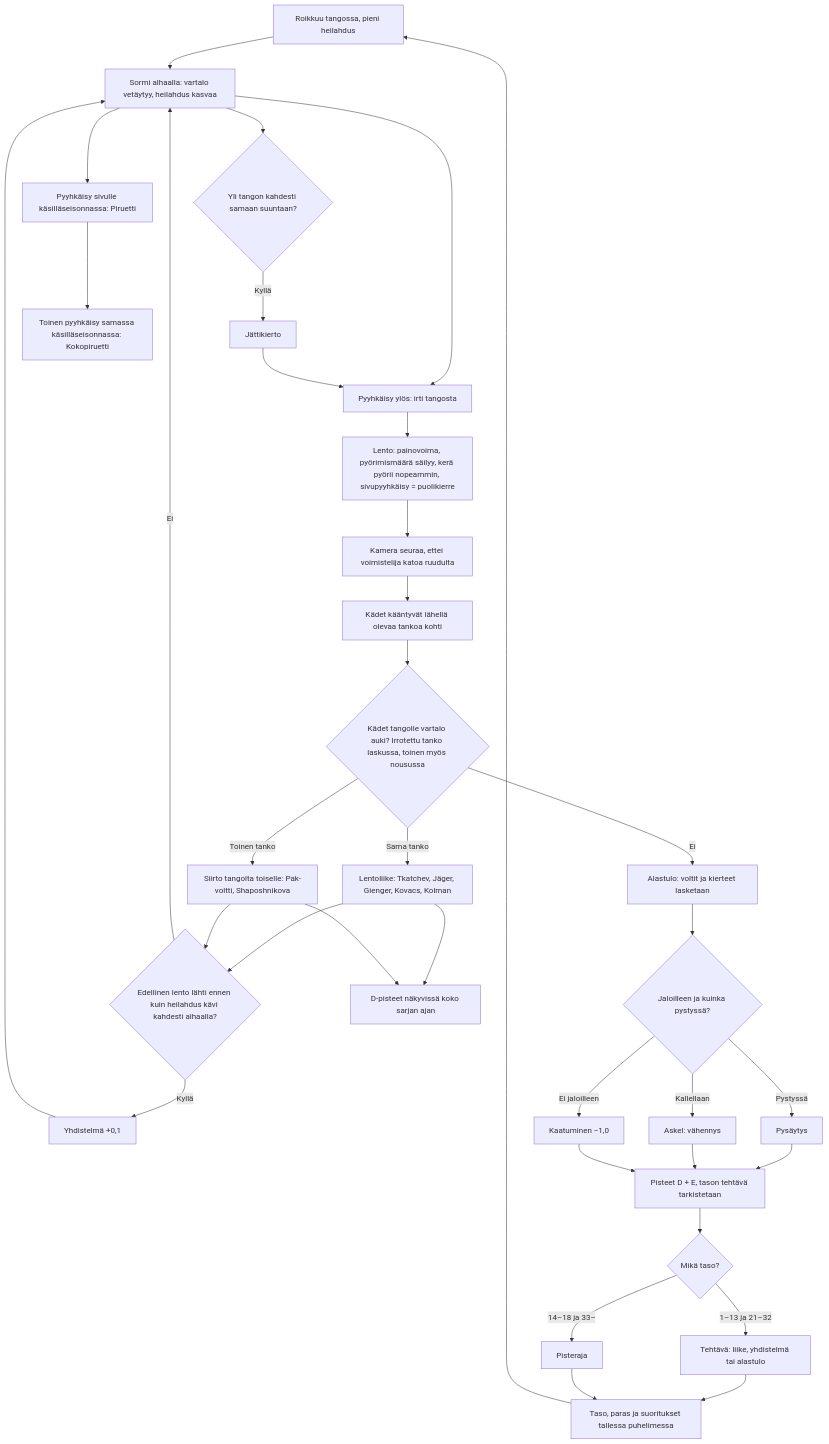
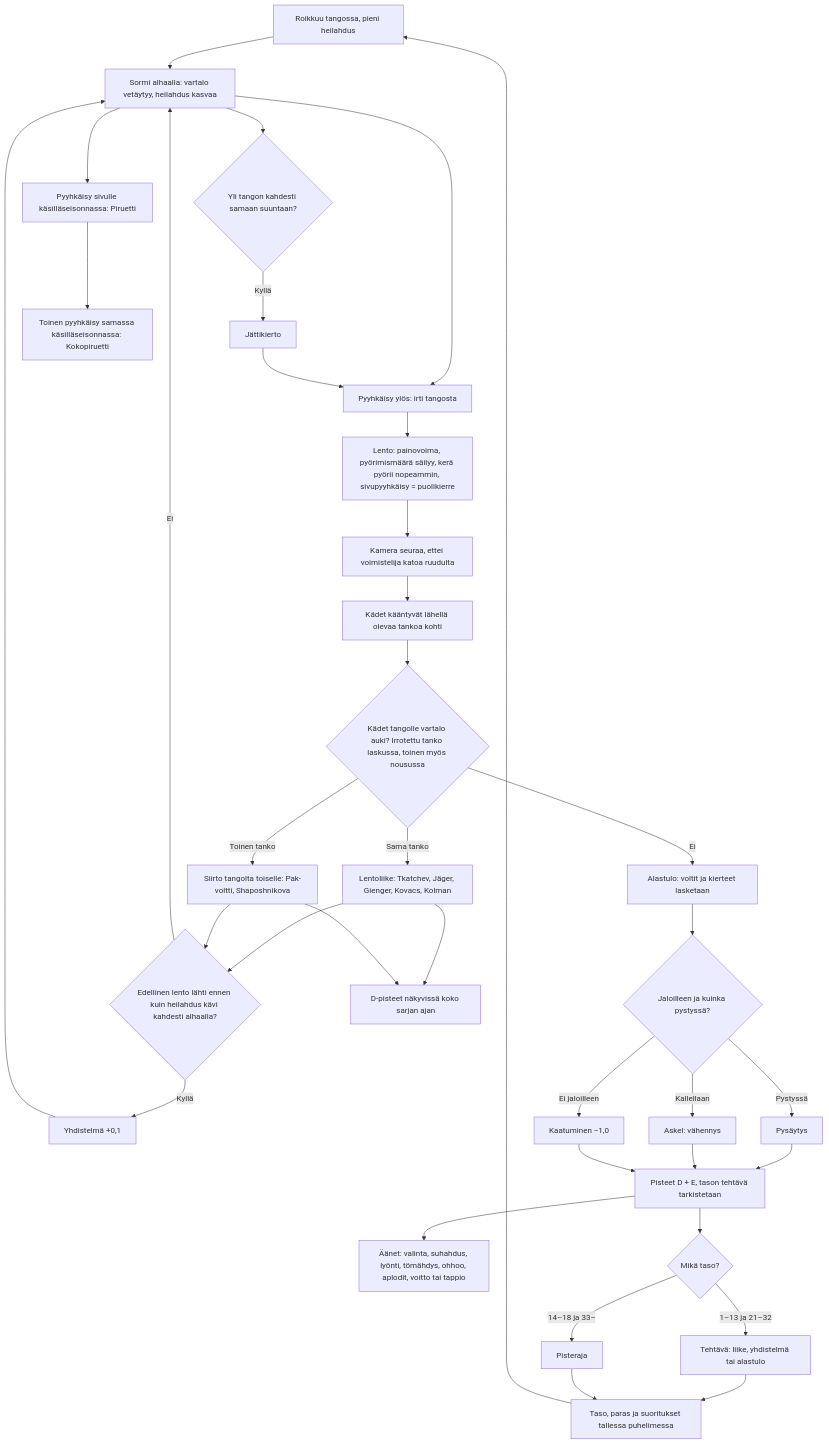
The diagram in docs/diagrams/voimistelu.md (eerovil/ai-pelit), drawn with Mermaid before and after one commit. The commit also changed other lines of this file and 3 other files, not shown here.

````diff
--- a/docs/diagrams/voimistelu.md
+++ b/docs/diagrams/voimistelu.md
@@ -12,42 +12,44 @@
 ```mermaid
 flowchart TD
   A[Roikkuu tangossa, pieni heilahdus] --> B[Sormi alhaalla: vartalo vetäytyy, heilahdus kasvaa]
   B --> C{Yli tangon kahdesti samaan suuntaan?}
   C -- Kyllä --> D[Jättikierto]
   B --> P[Pyyhkäisy sivulle käsilläseisonnassa: Piruetti]
   P --> P2[Toinen pyyhkäisy samassa käsilläseisonnassa: Kokopiruetti]
   B --> E[Pyyhkäisy ylös: irti tangosta]
   D --> E
   E --> F[Lento: painovoima, pyörimismäärä säilyy, kerä pyörii nopeammin, sivupyyhkäisy = puolikierre]
   F --> R[Kamera seuraa, ettei voimistelija katoa ruudulta]
   R --> T[Kädet kääntyvät lähellä olevaa tankoa kohti]
   T --> G{Kädet tangolle vartalo auki? Irrotettu tanko laskussa, toinen myös nousussa}
   G -- Sama tanko --> H[Lentoliike: Tkatchev, Jäger, Gienger, Kovacs, Kolman]
   G -- Toinen tanko --> Q[Siirto tangolta toiselle: Pak-voltti, Shaposhnikova]
   H --> Y{Edellinen lento lähti ennen kuin heilahdus kävi kahdesti alhaalla?}
   Q --> Y
   Y -- Kyllä --> Z[Yhdistelmä +0,1]
   Z --> B
   Y -- Ei --> B
   G -- Ei --> I[Alastulo: voltit ja kierteet lasketaan]
   I --> J{Jaloilleen ja kuinka pystyssä?}
   J -- Pystyssä --> K[Pysäytys]
   J -- Kallellaan --> L[Askel: vähennys]
   J -- Ei jaloilleen --> M[Kaatuminen −1,0]
   K --> N[Pisteet D + E, tason tehtävä tarkistetaan]
   L --> N
   M --> N
+  N --> SO[Äänet: valinta, suhahdus, lyönti, tömähdys, ohhoo, aplodit, voitto tai tappio]
   N --> V{Mikä taso?}
   V -- 1–13 ja 21–32 --> W[Tehtävä: liike, yhdistelmä tai alastulo]
   V -- 14–18 ja 33– --> X[Pisteraja]
   W --> O[Taso, paras ja suoritukset tallessa puhelimessa]
   H --> DD[D-pisteet näkyvissä koko sarjan ajan]
   Q --> DD
   X --> O
   O --> A
   class A,B,E,P blue
   class C,G,J,Y,V amber
   class F,R,T teal
   class D,H,I,K,N,O,Q,P2,Z,W,X,DD green
   class L,M rose
+  class SO violet
 ```
````
